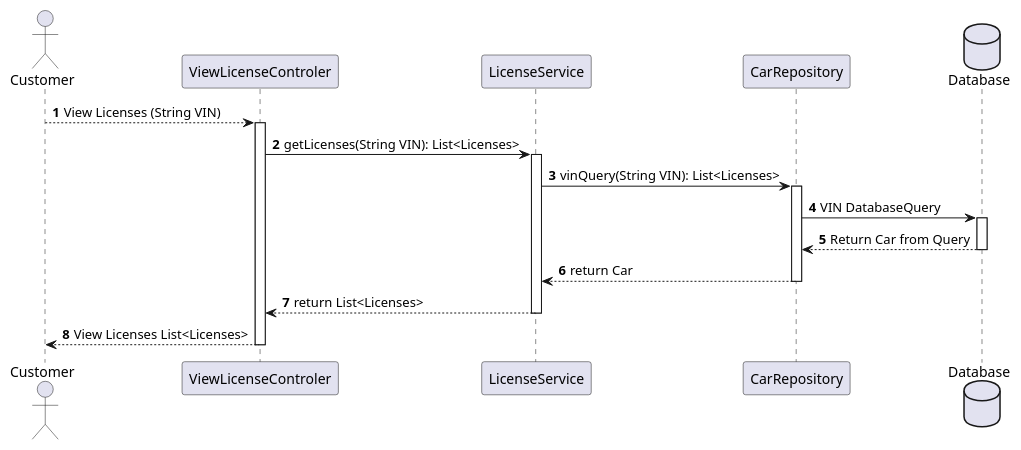
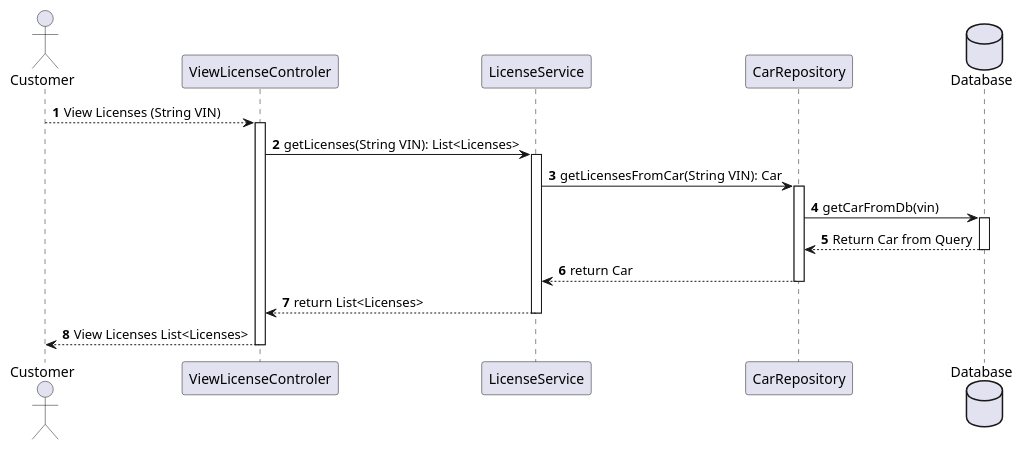
Before and after one commit to ljbg1996/car-backend: the diagram in SequenceViewActiveLicense_1.puml, drawn with PlantUML. The commit also changed 2 other files, not shown here.

Commit message:
2.0 class.puml: angepasst an 2 sequenzdiagramme SequenceViewActiveLicense_1.puml: kleine Anpassung der Methodennamen SequenceViewProd_2.puml: Neu erstellt auf Grundlage von Aldin

```diff
--- a/SequenceViewActiveLicense_1.puml
+++ b/SequenceViewActiveLicense_1.puml
@@ -1,29 +1,29 @@
 @startuml
 'https://plantuml.com/sequence-diagram
 
 autonumber
 
 Actor Customer as c
 Participant ViewLicenseControler as vlc
 Participant LicenseService as ls
 Participant CarRepository as cr
 database Database as db
 
 c --->vlc:View Licenses (String VIN)
 activate vlc
 vlc -> ls:getLicenses(String VIN): List<Licenses>
 activate ls
-ls -> cr: vinQuery(String VIN): List<Licenses>
+ls -> cr: getLicensesFromCar(String VIN): Car
 activate cr
-cr->db: VIN DatabaseQuery
+cr->db: getCarFromDb(vin)
 activate db
 db-->cr: Return Car from Query
 deactivate db
 cr-->ls: return Car
 deactivate cr
 ls-->vlc: return List<Licenses>
 deactivate ls
 vlc-->c: View Licenses List<Licenses>
 deactivate vlc
 
 @enduml
```
